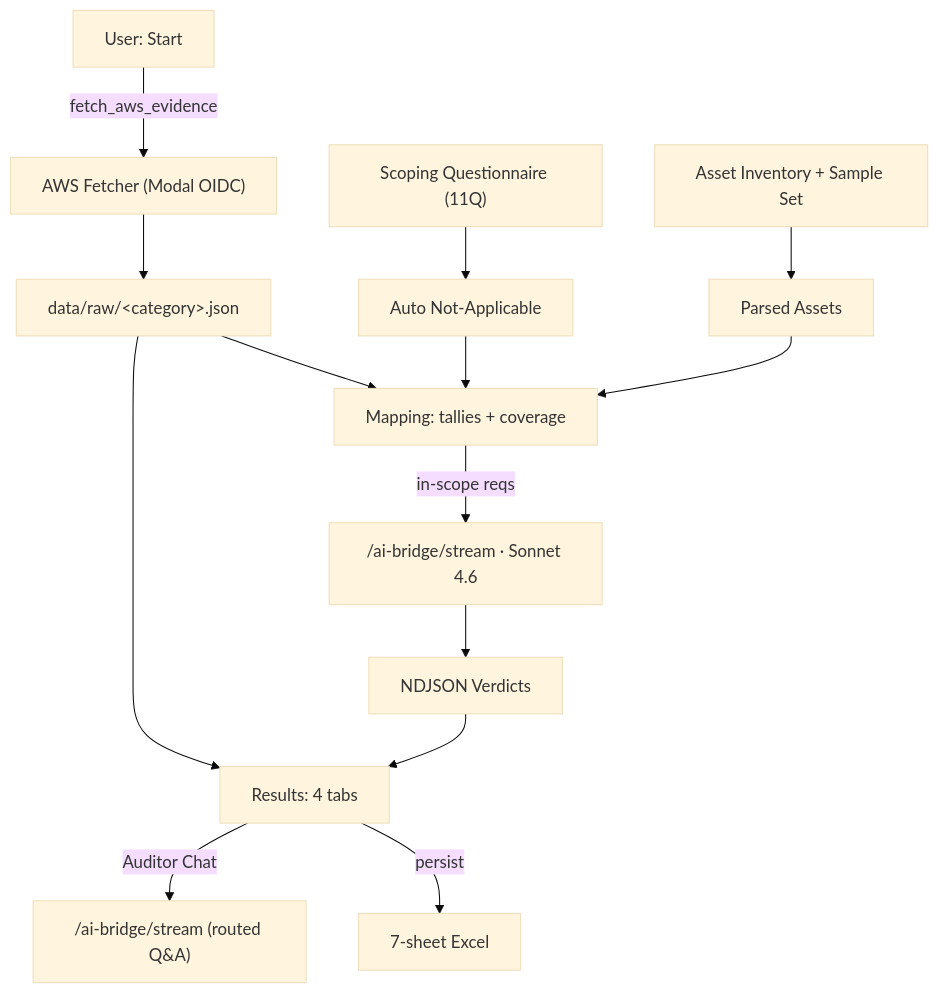
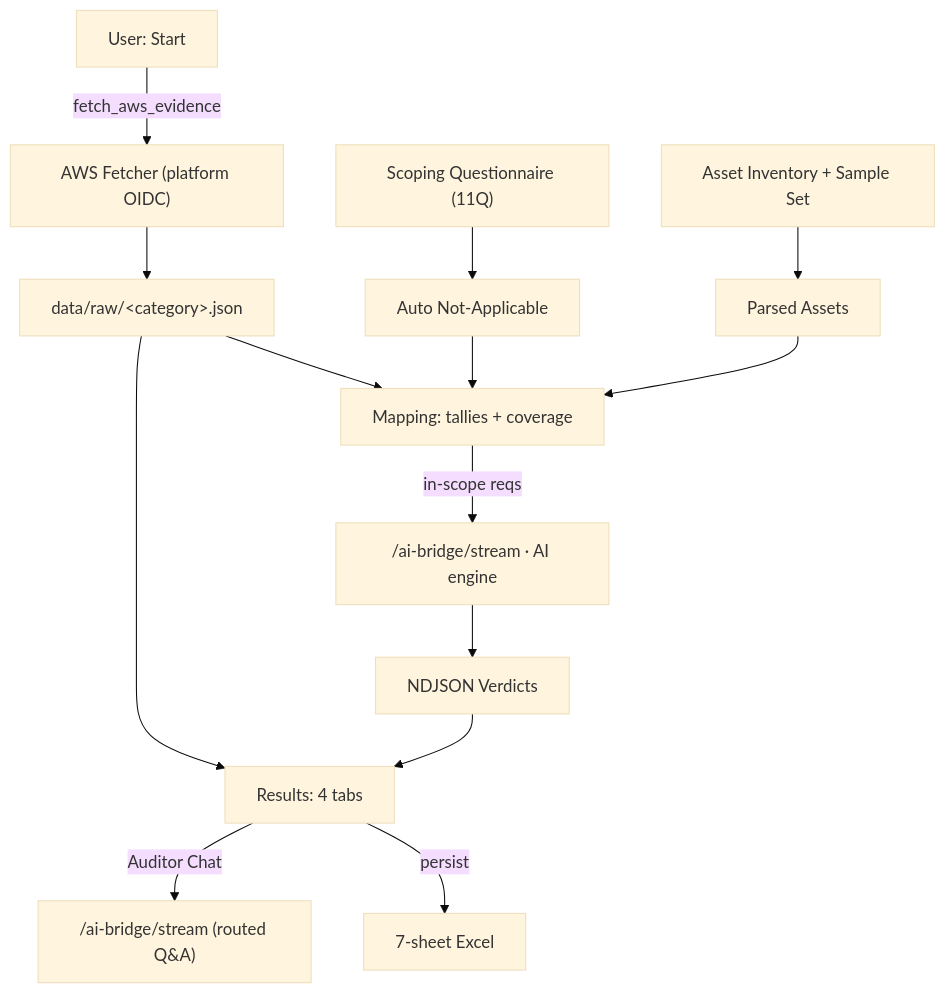
Before and after one commit to transilienceai/docs: the fourth of 32 diagrams in concepts/Applications.md, drawn with Mermaid (base theme). The commit also changed other lines of this file, not shown here.

````diff
--- a/concepts/Applications.md
+++ b/concepts/Applications.md
@@ -148,16 +148,16 @@
 ```mermaid
 flowchart TD
-    Start["User: Start"] -->|fetch_aws_evidence| Fetch["AWS Fetcher (Modal OIDC)"]
+    Start["User: Start"] -->|fetch_aws_evidence| Fetch["AWS Fetcher (platform OIDC)"]
     Fetch --> Raw["data/raw/&lt;category&gt;.json"]
     Quest["Scoping Questionnaire (11Q)"] --> NA["Auto Not-Applicable"]
     Asset["Asset Inventory + Sample Set"] --> Parsed["Parsed Assets"]
     Raw --> Map["Mapping: tallies + coverage"]
     NA --> Map
     Parsed --> Map
-    Map -->|in-scope reqs| Rev["/ai-bridge/stream · Sonnet 4.6"]
+    Map -->|in-scope reqs| Rev["/ai-bridge/stream · AI engine"]
     Rev --> Verd["NDJSON Verdicts"]
     Verd --> Res["Results: 4 tabs"]
     Raw --> Res
     Res -->|persist| Excel["7-sheet Excel"]
     Res -->|Auditor Chat| QA["/ai-bridge/stream (routed Q&A)"]
 ```
````
